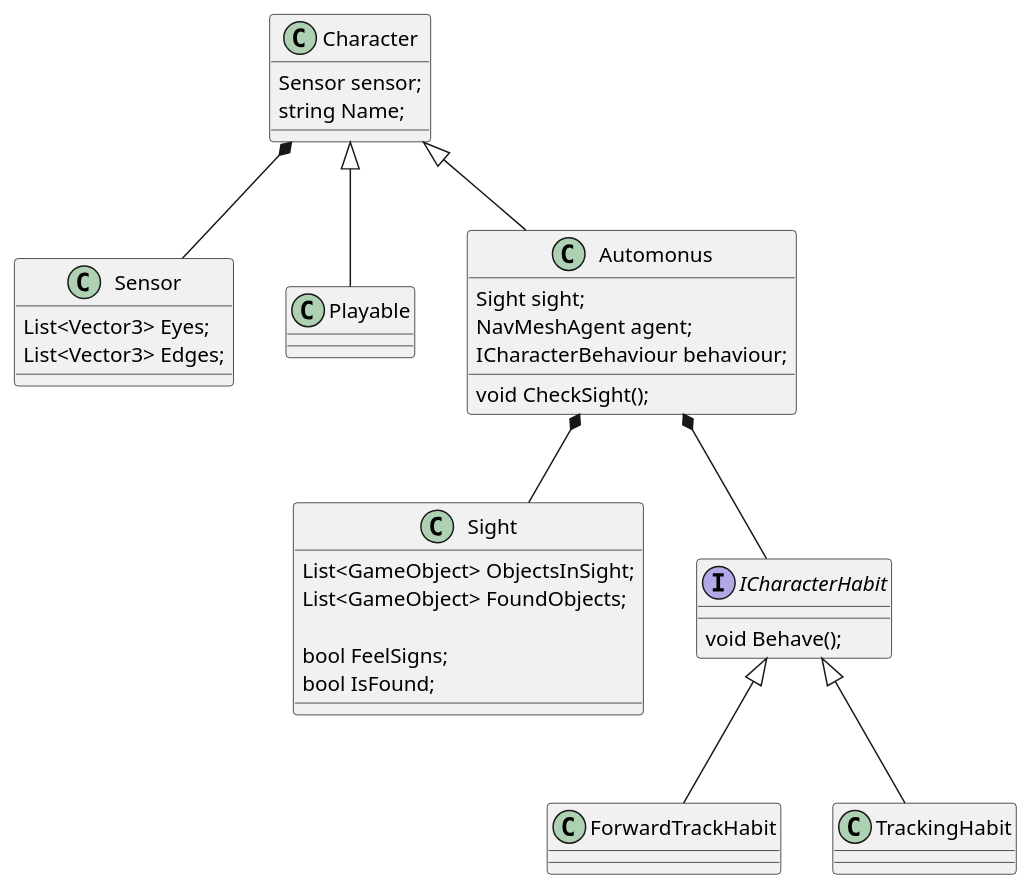
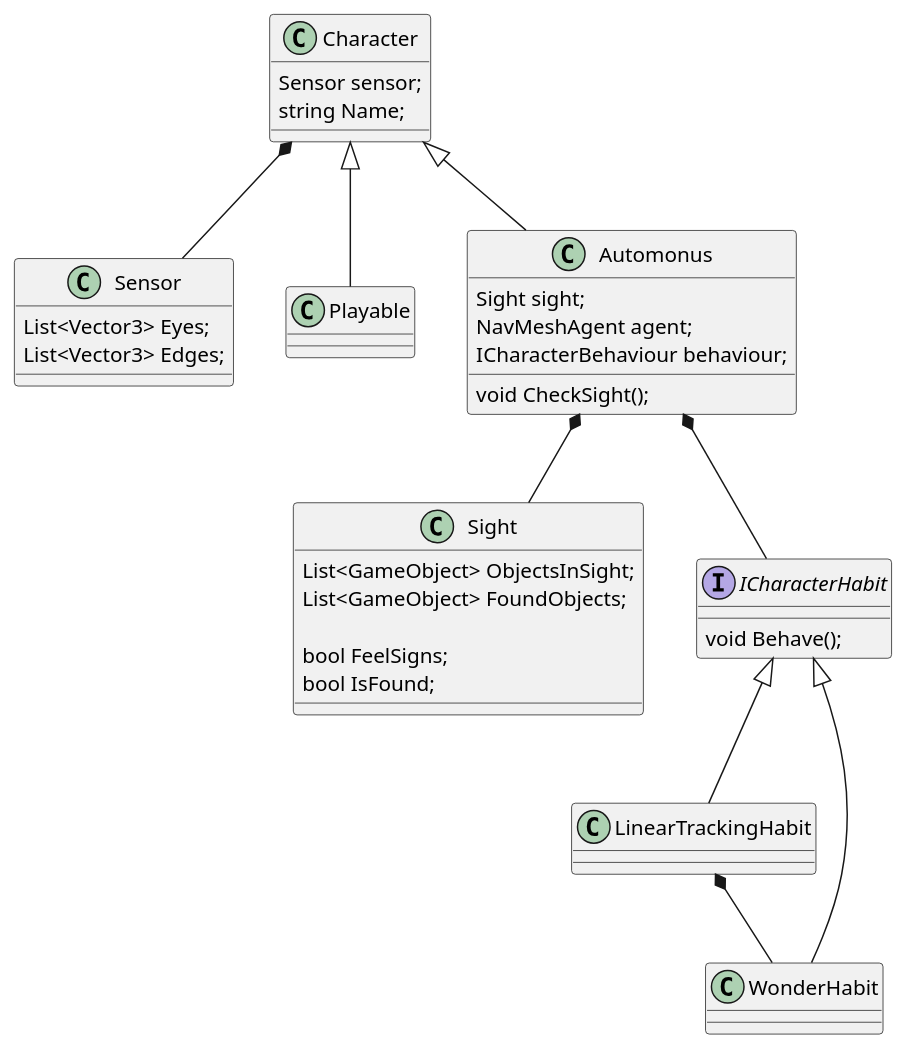
Before and after one commit to shimomuh/prototype-sneaking: the diagram in PROGRAM_DESIGN.md, drawn with PlantUML. The commit also changed 24 other files, not shown here.

````diff
--- a/PROGRAM_DESIGN.md
+++ b/PROGRAM_DESIGN.md
@@ -7,54 +7,54 @@
 ```uml
 @startuml
 
 class Character {
   Sensor sensor;
   string Name;
 }
 
 class Sensor {
   List<Vector3> Eyes;
   List<Vector3> Edges;
 }
 
 Character *-- Sensor
 
 class Playable {
 }
 
 class Automonus {
   Sight sight;
   NavMeshAgent agent;
   ICharacterBehaviour behaviour;
 
   void CheckSight();
 }
 
 Character <|-- Playable
 Character <|-- Automonus
 
 class Sight {
   List<GameObject> ObjectsInSight;
   List<GameObject> FoundObjects;
 
   bool FeelSigns;
   bool IsFound;
 }
 
 Automonus *-- Sight
 
 interface ICharacterHabit {
   void Behave();
 }
 
 Automonus *-- ICharacterHabit
 
-class ForwardTrackHabit {}
+class LinearTrackingHabit
+class WonderHabit
 
-class TrackingHabit {}
-
-ICharacterHabit <|-- ForwardTrackHabit
-ICharacterHabit <|-- TrackingHabit
+ICharacterHabit <|-- LinearTrackingHabit
+ICharacterHabit <|-- WonderHabit
+LinearTrackingHabit *-- WonderHabit
 
 @enduml
 ```
````
